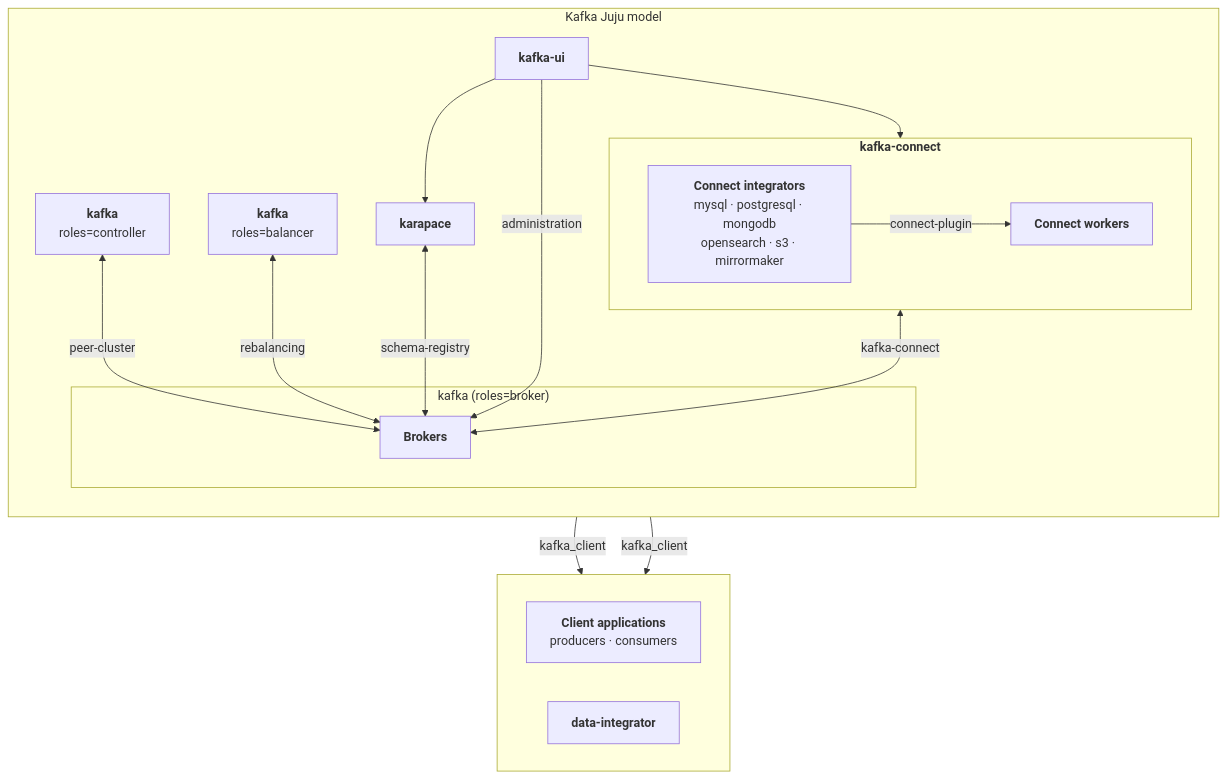
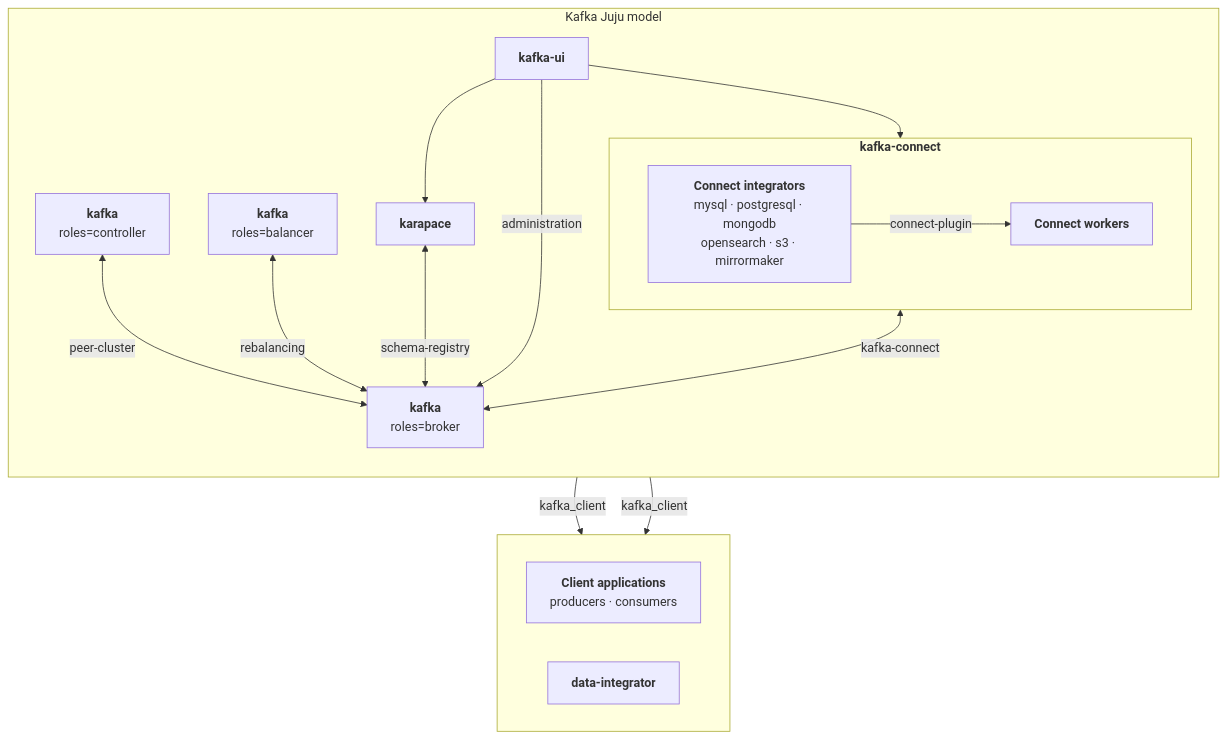
The diagram in docs/explanation/components.md (canonical/kafka-operator), drawn with Mermaid before and after one commit.

Commit message:
Fix diagram - broker

````diff
--- a/docs/explanation/components.md
+++ b/docs/explanation/components.md
@@ -109,39 +109,36 @@
 ```{mermaid}
 flowchart TB
     subgraph kafka-model["Kafka Juju model"]
         direction TB
 
-        subgraph kafka-cluster["kafka (roles=broker)"]
-            broker["<b>Brokers</b>"]
-        end
-
+        broker["<b>kafka</b><br>roles=broker"]
         kraft["<b>kafka</b><br>roles=controller"]
         balancer["<b>kafka</b><br>roles=balancer"]
 
         subgraph connect["<b>kafka-connect</b>"]
             direction LR
             workers["<b>Connect workers</b>"]
             integrators["<b>Connect integrators</b><br>mysql · postgresql · mongodb<br>opensearch · s3 · mirrormaker"]
         end
 
         karapace["<b>karapace</b>"]
         ui["<b>kafka-ui</b>"]
     end
 
     subgraph clients[" "]
         direction LR
         client["<b>Client applications</b><br>producers · consumers"]
         di["<b>data-integrator</b>"]
     end
 
     broker -->|"kafka_client"| client
     broker -->|"kafka_client"| di
     kraft <-->|"peer-cluster"| broker
     balancer <-->|"rebalancing"| broker
     workers <-->|"kafka-connect"| broker
     integrators -->|"connect-plugin"| workers
     karapace <-->|"schema-registry"| broker
     ui -->|"administration"| broker
     ui --> karapace
     ui --> workers
 ```
````
